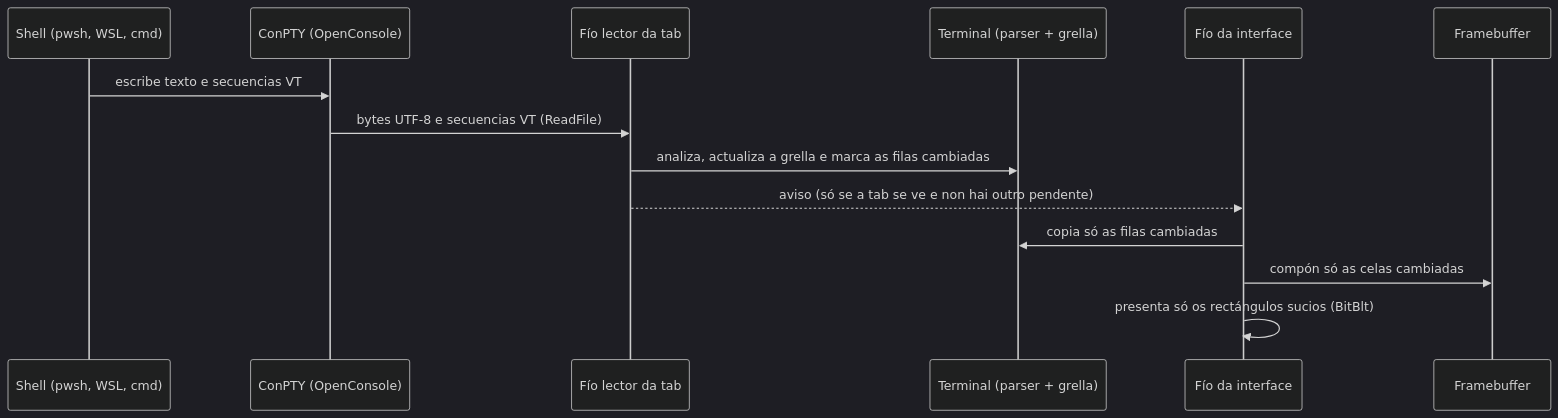
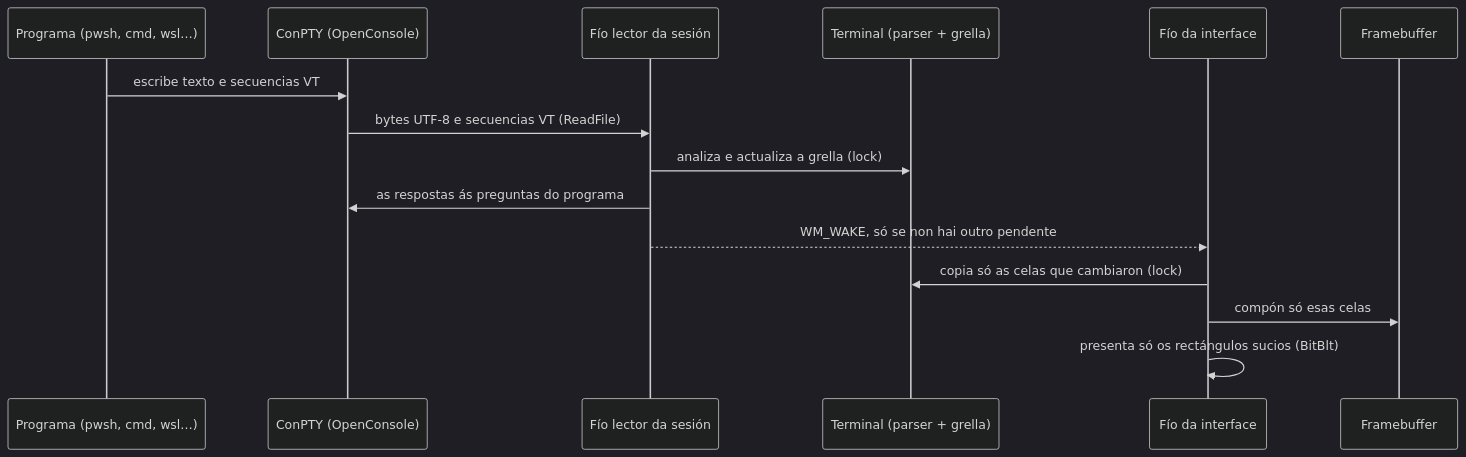
The second of 10 diagrams in docs/arquitectura.md (NewHouses/meiga), drawn with Mermaid (dark theme) before and after one commit. The commit also changed other lines of this file and 52 other files, not shown here.

````diff
--- a/docs/arquitectura.md
+++ b/docs/arquitectura.md
@@ -56,16 +56,17 @@
 ```mermaid
 sequenceDiagram
-    participant S as Shell (pwsh, WSL, cmd)
+    participant S as Programa (pwsh, cmd, wsl…)
     participant P as ConPTY (OpenConsole)
-    participant L as Fío lector da tab
+    participant L as Fío lector da sesión
     participant T as Terminal (parser + grella)
     participant U as Fío da interface
     participant F as Framebuffer
     S->>P: escribe texto e secuencias VT
     P->>L: bytes UTF-8 e secuencias VT (ReadFile)
-    L->>T: analiza, actualiza a grella e marca as filas cambiadas
-    L-->>U: aviso (só se a tab se ve e non hai outro pendente)
-    U->>T: copia só as filas cambiadas
-    U->>F: compón só as celas cambiadas
+    L->>T: analiza e actualiza a grella (lock)
+    L->>P: as respostas ás preguntas do programa
+    L-->>U: WM_WAKE, só se non hai outro pendente
+    U->>T: copia só as celas que cambiaron (lock)
+    U->>F: compón só esas celas
     U->>U: presenta só os rectángulos sucios (BitBlt)
 ```
````
